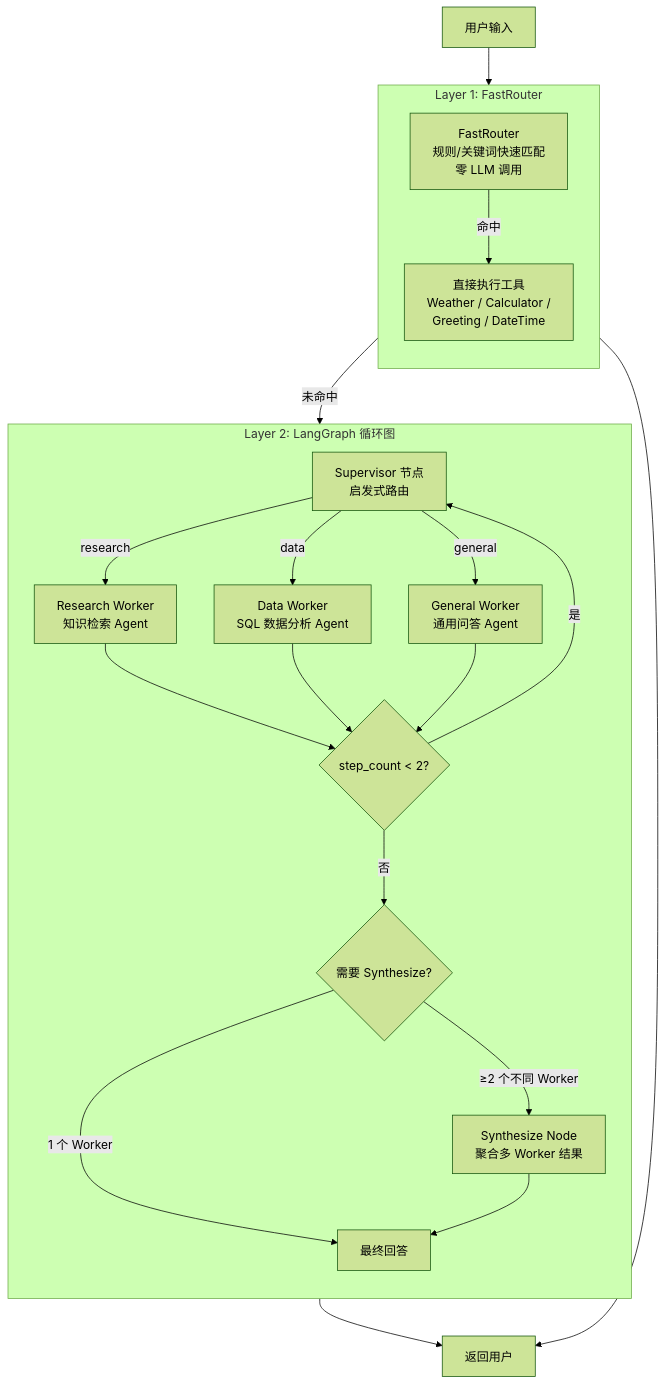
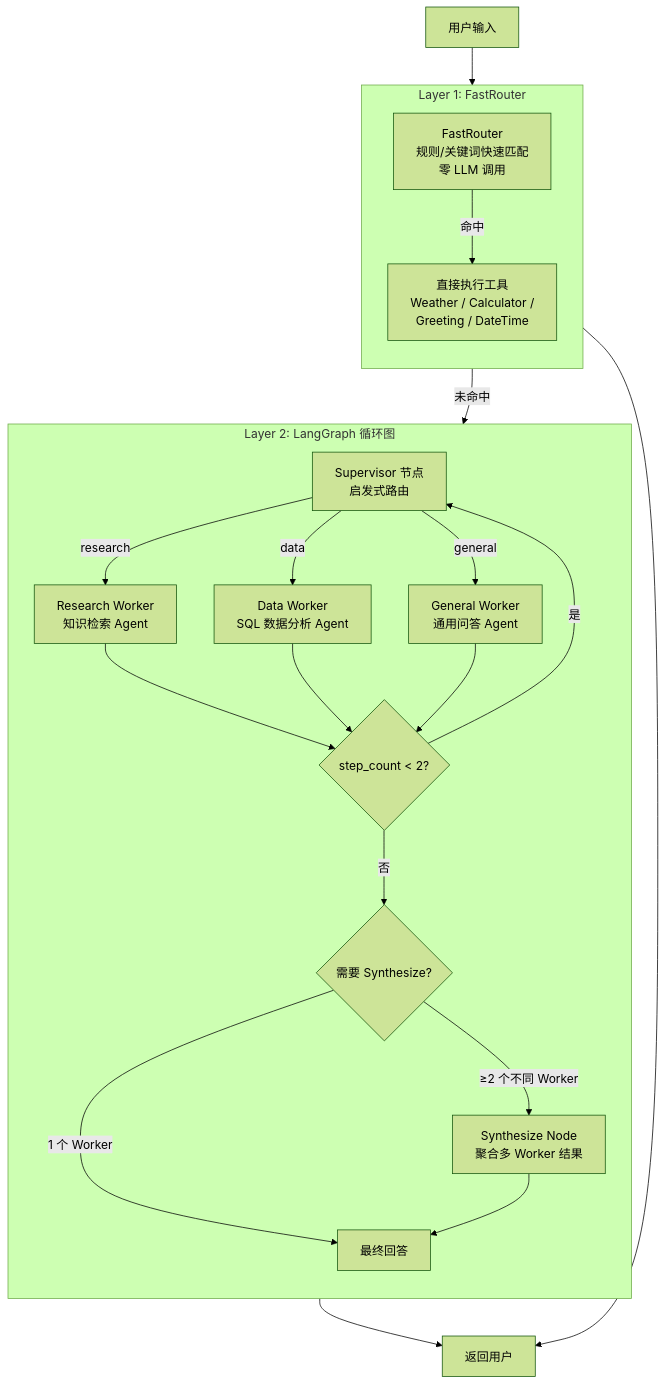
Before and after one commit to 05H-chouwenzi/AI-Agent-Assistant-System: the diagram in README.md, drawn with Mermaid (forest theme).

Commit message:
docs: fix architecture layout

````diff
--- a/README.md
+++ b/README.md
@@ -24,48 +24,49 @@
 ```mermaid
 flowchart TB
     User["用户输入"] --> FR
     Return["返回用户"]
 
     subgraph Layer1["Layer 1: FastRouter"]
         direction TB
         FR["FastRouter<br/>规则/关键词快速匹配<br/>零 LLM 调用"]
         Tool["直接执行工具<br/>Weather / Calculator /<br/>Greeting / DateTime"]
     end
 
     subgraph Layer2["Layer 2: LangGraph 循环图"]
         direction TB
         SUP["Supervisor 节点<br/>启发式路由"]
 
         RW["Research Worker<br/>知识检索 Agent"]
         DW["Data Worker<br/>SQL 数据分析 Agent"]
         GW["General Worker<br/>通用问答 Agent"]
 
         STEP{"step_count < 2?"}
         SYNQ{"需要 Synthesize?"}
         SYN["Synthesize Node<br/>聚合多 Worker 结果"]
         FINAL["最终回答"]
     end
 
     FR -- "命中" --> Tool
     Tool --> Return
+    Tool ~~~ SUP
 
     FR -- "未命中" --> SUP
 
     SUP -- "research" --> RW
     SUP -- "data" --> DW
     SUP -- "general" --> GW
 
     RW --> STEP
     DW --> STEP
     GW --> STEP
 
     STEP -- "是" --> SUP
     STEP -- "否" --> SYNQ
 
     SYNQ -- "1 个 Worker" --> FINAL
     SYNQ -- "≥2 个不同 Worker" --> SYN
     SYN --> FINAL
 
     FINAL --> Return
 
 ```
````
